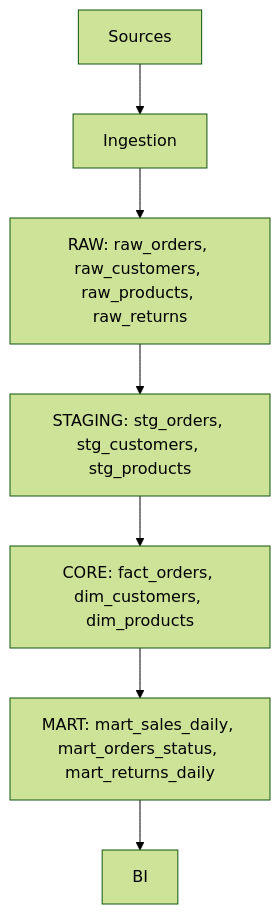
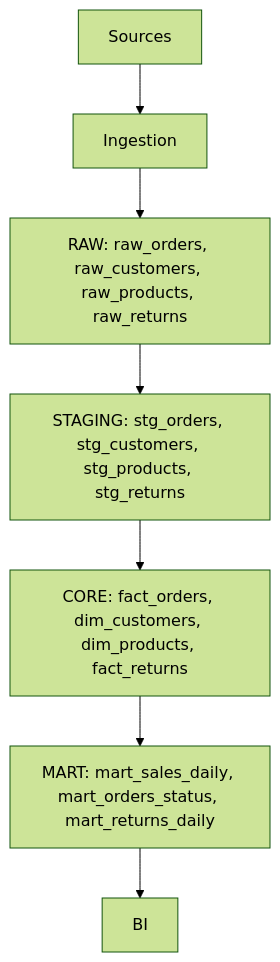
Before and after one commit to linzaiq-afk/dataops: the diagram in docs/architecture.md, drawn with Mermaid (forest theme).

````diff
--- a/docs/architecture.md
+++ b/docs/architecture.md
@@ -1,9 +1,9 @@
 ```mermaid
 flowchart TD
     A["Sources"] --> B["Ingestion"]
     B --> C["RAW: raw_orders, raw_customers, raw_products, raw_returns"]
-    C --> D["STAGING: stg_orders, stg_customers, stg_products"]
-    D --> E["CORE: fact_orders, dim_customers, dim_products"]
+    C --> D["STAGING: stg_orders, stg_customers, stg_products, stg_returns"]
+    D --> E["CORE: fact_orders, dim_customers, dim_products, fact_returns"]
     E --> F["MART: mart_sales_daily, mart_orders_status, mart_returns_daily"]
     F --> G["BI"]
 ```
````
